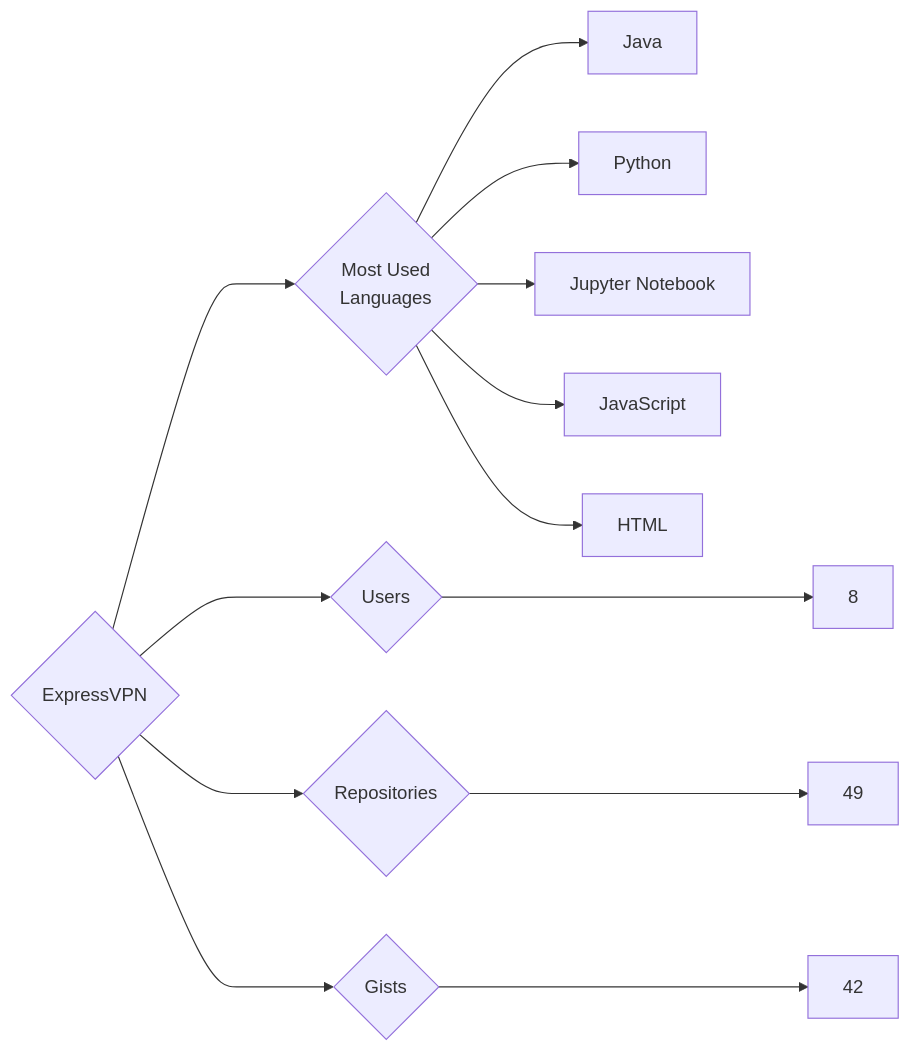
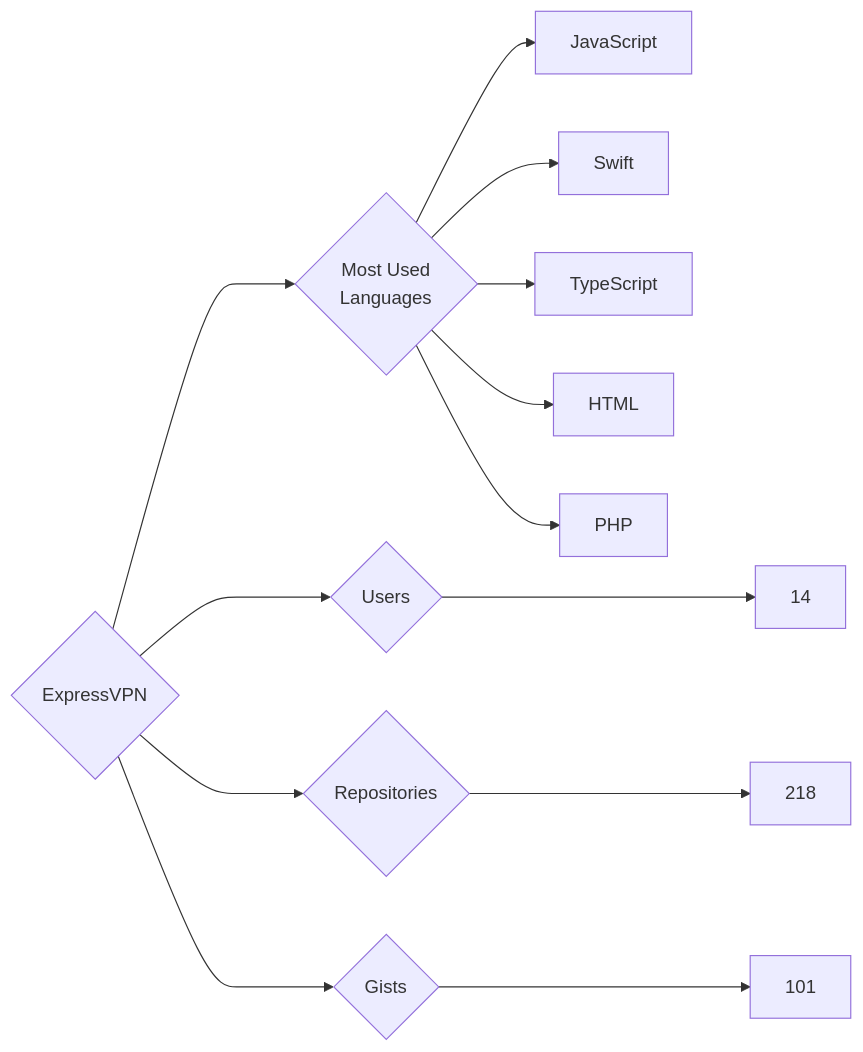
The diagram in targets/ExpressVPN/README.md (trickest/insiders), drawn with Mermaid before and after one commit. The commit also changed 757 other files, not shown here.

````diff
--- a/targets/ExpressVPN/README.md
+++ b/targets/ExpressVPN/README.md
@@ -3,13 +3,13 @@
 ```mermaid
 graph LR
 COMPANY_NAME{ExpressVPN}
-COMPANY_NAME ---> U{Users} ---> UN[8]
-COMPANY_NAME ---> R{Repositories} ---> RN[49]
-COMPANY_NAME ---> G{Gists} ---> GN[42]
+COMPANY_NAME ---> U{Users} ---> UN[14]
+COMPANY_NAME ---> R{Repositories} ---> RN[218]
+COMPANY_NAME ---> G{Gists} ---> GN[101]
 COMPANY_NAME ---> ML{Most Used<br>Languages}
-ML --> Java[Java]
-ML --> Python[Python]
-ML --> Jupyter_Notebook[Jupyter Notebook]
 ML --> JavaScript[JavaScript]
+ML --> Swift[Swift]
+ML --> TypeScript[TypeScript]
 ML --> HTML[HTML]
+ML --> PHP[PHP]
 ```
````
